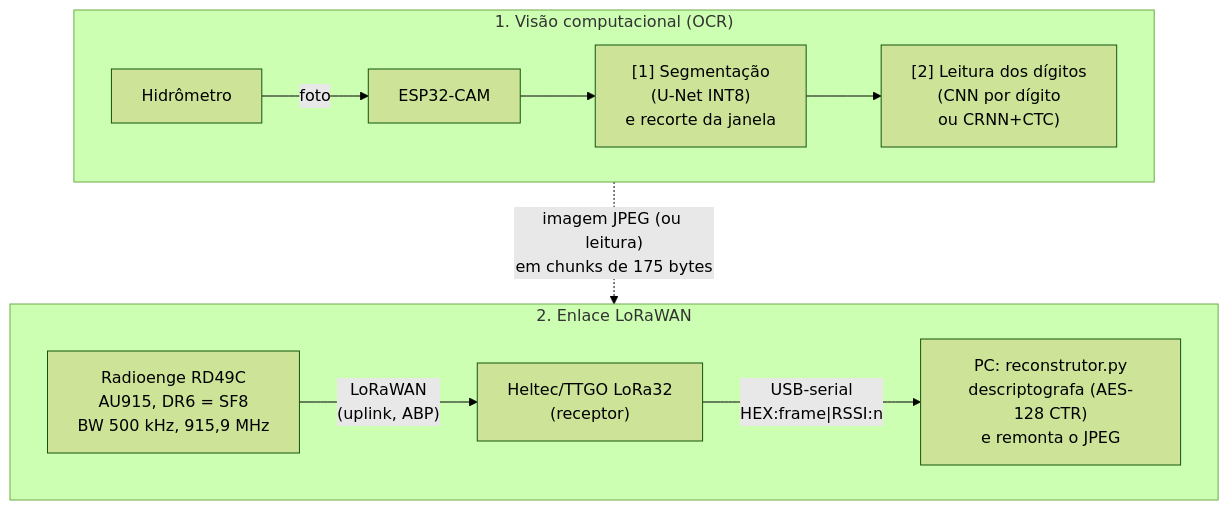
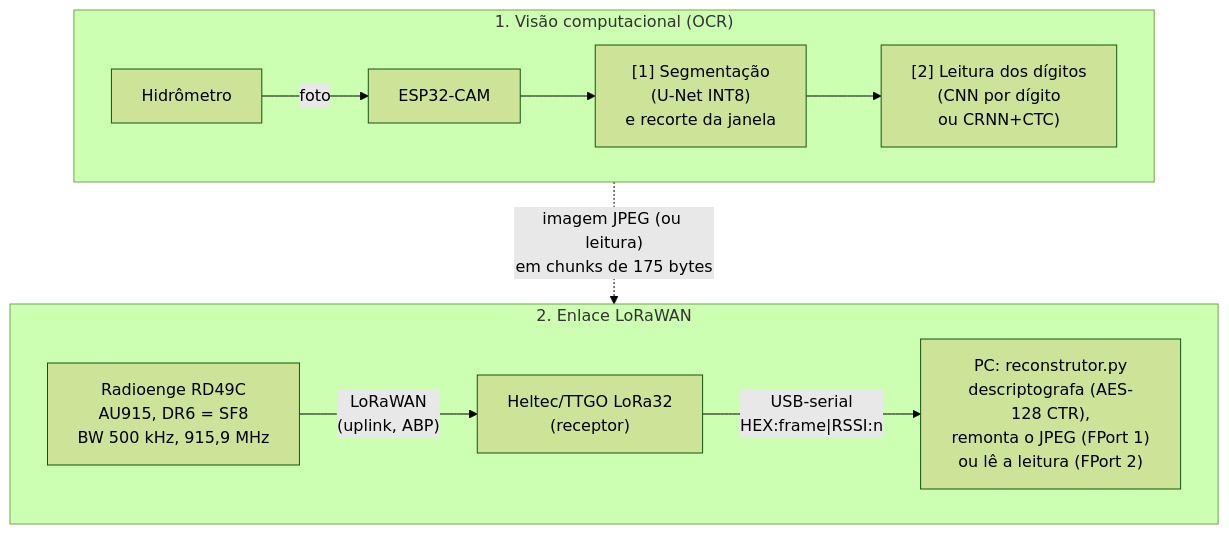
Before and after one commit to Marcelo-122/Codigo-do-TCC2: the diagram in README.md, drawn with Mermaid (forest theme). The commit also changed other lines of this file and 15 other files, not shown here.

````diff
--- a/README.md
+++ b/README.md
@@ -149,17 +149,17 @@
 ```mermaid
 flowchart TB
     subgraph OCR ["1. Visão computacional (OCR)"]
         direction LR
         H["Hidrômetro"] -- foto --> C["ESP32-CAM"]
         C --> S["[1] Segmentação<br/>(U-Net INT8)<br/>e recorte da janela"]
         S --> L["[2] Leitura dos dígitos<br/>(CNN por dígito<br/>ou CRNN+CTC)"]
     end
 
     subgraph ENLACE ["2. Enlace LoRaWAN"]
         direction LR
         RD["Radioenge RD49C<br/>AU915, DR6 = SF8<br/>BW 500 kHz, 915,9 MHz"] -- "LoRaWAN<br/>(uplink, ABP)" --> RX["Heltec/TTGO LoRa32<br/>(receptor)"]
-        RX -- "USB-serial<br/>HEX:frame|RSSI:n" --> PC["PC: reconstrutor.py<br/>descriptografa (AES-128 CTR)<br/>e remonta o JPEG"]
+        RX -- "USB-serial<br/>HEX:frame|RSSI:n" --> PC["PC: reconstrutor.py<br/>descriptografa (AES-128 CTR),<br/>remonta o JPEG (FPort 1)<br/>ou lê a leitura (FPort 2)"]
     end
 
     OCR -. "imagem JPEG (ou leitura)<br/>em chunks de 175 bytes" .-> ENLACE
 ```
````
